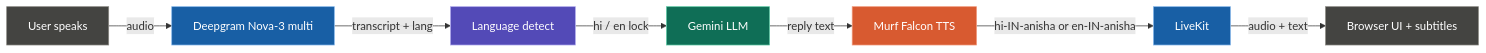
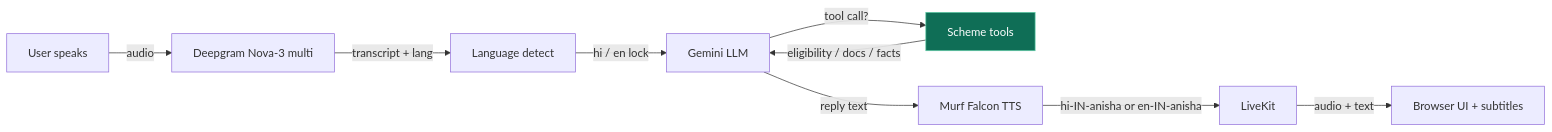
Before and after one commit to murf-ai/murf-livekit-starter: the diagram in README.md, drawn with Mermaid. The commit also changed other lines of this file and 4 other files, not shown here.

Commit message:
Day 5: The Tools — scheme eligibility + document checklist + local dataset + language switching fix

````diff
--- a/README.md
+++ b/README.md
@@ -28,17 +35,13 @@
 ```mermaid
 flowchart LR
     A[User speaks] -->|audio| B[Deepgram Nova-3 multi]
     B -->|transcript + lang| C[Language detect]
     C -->|hi / en lock| D[Gemini LLM]
+    D -->|tool call?| T[Scheme tools]
+    T -->|eligibility / docs / facts| D
     D -->|reply text| E[Murf Falcon TTS]
     E -->|hi-IN-anisha or en-IN-anisha| F[LiveKit]
     F -->|audio + text| G[Browser UI + subtitles]
 
-    style A fill:#444441,stroke:#888780,color:#fff
-    style B fill:#185FA5,stroke:#85B7EB,color:#fff
-    style C fill:#534AB7,stroke:#AFA9EC,color:#fff
-    style D fill:#0F6E56,stroke:#5DCAA5,color:#fff
-    style E fill:#D85A30,stroke:#F0997B,color:#fff
-    style F fill:#185FA5,stroke:#85B7EB,color:#fff
-    style G fill:#444441,stroke:#888780,color:#fff
+    style T fill:#0F6E56,stroke:#5DCAA5,color:#fff
 ```
````
